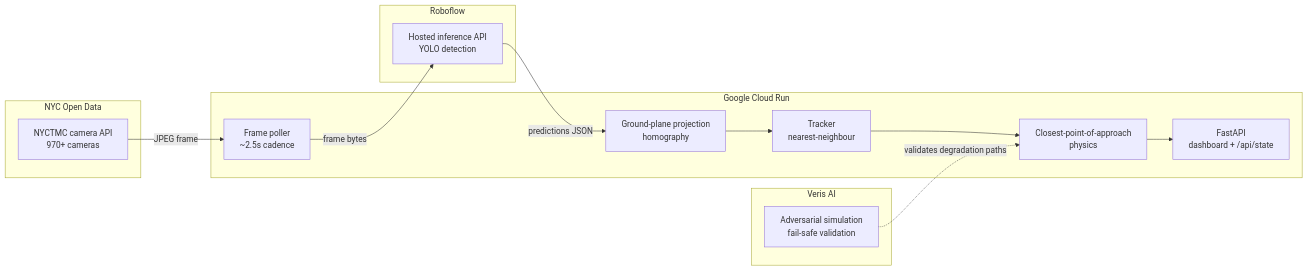
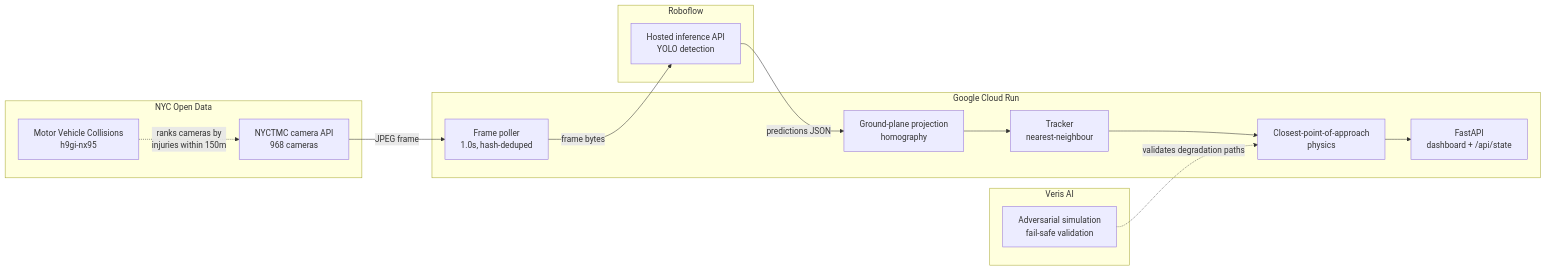
One commit to sorry-ari0/ghost-v2x changed the diagram in README.md. Above: the diagram before and after it, drawn with Mermaid. The commit also changed other lines of this file and 3 other files, not shown here.

````diff
--- a/README.md
+++ b/README.md
@@ -30,28 +30,30 @@
 ```mermaid
 flowchart LR
   subgraph NYC["NYC Open Data"]
-    A["NYCTMC camera API<br/>970+ cameras"]
+    A["NYCTMC camera API<br/>968 cameras"]
+    A2["Motor Vehicle Collisions<br/>h9gi-nx95"]
   end
 
   subgraph CR["Google Cloud Run"]
-    B["Frame poller<br/>~2.5s cadence"]
+    B["Frame poller<br/>1.0s, hash-deduped"]
     C["Ground-plane projection<br/>homography"]
     D["Tracker<br/>nearest-neighbour"]
     E["Closest-point-of-approach<br/>physics"]
     F["FastAPI<br/>dashboard + /api/state"]
   end
 
   subgraph RF["Roboflow"]
     G["Hosted inference API<br/>YOLO detection"]
   end
 
   subgraph VA["Veris AI"]
     H["Adversarial simulation<br/>fail-safe validation"]
   end
 
   A -->|JPEG frame| B
+  A2 -.->|ranks cameras by<br/>injuries within 150m| A
   B -->|frame bytes| G
   G -->|predictions JSON| C
   C --> D --> E --> F
   H -.->|validates degradation paths| E
 ```
````
